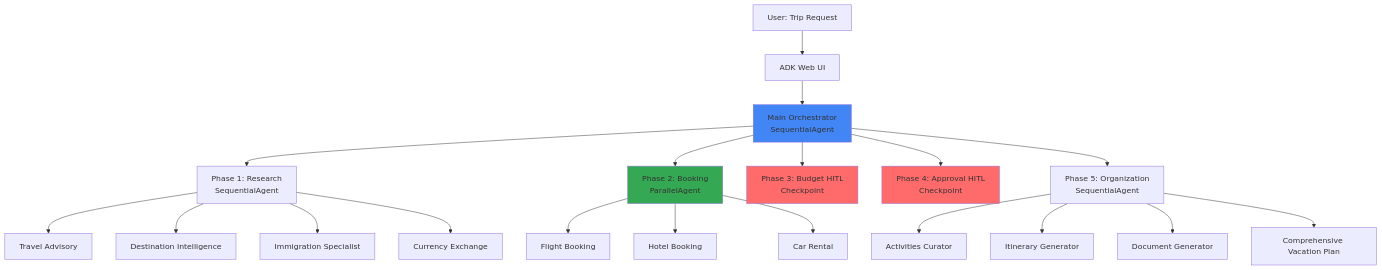
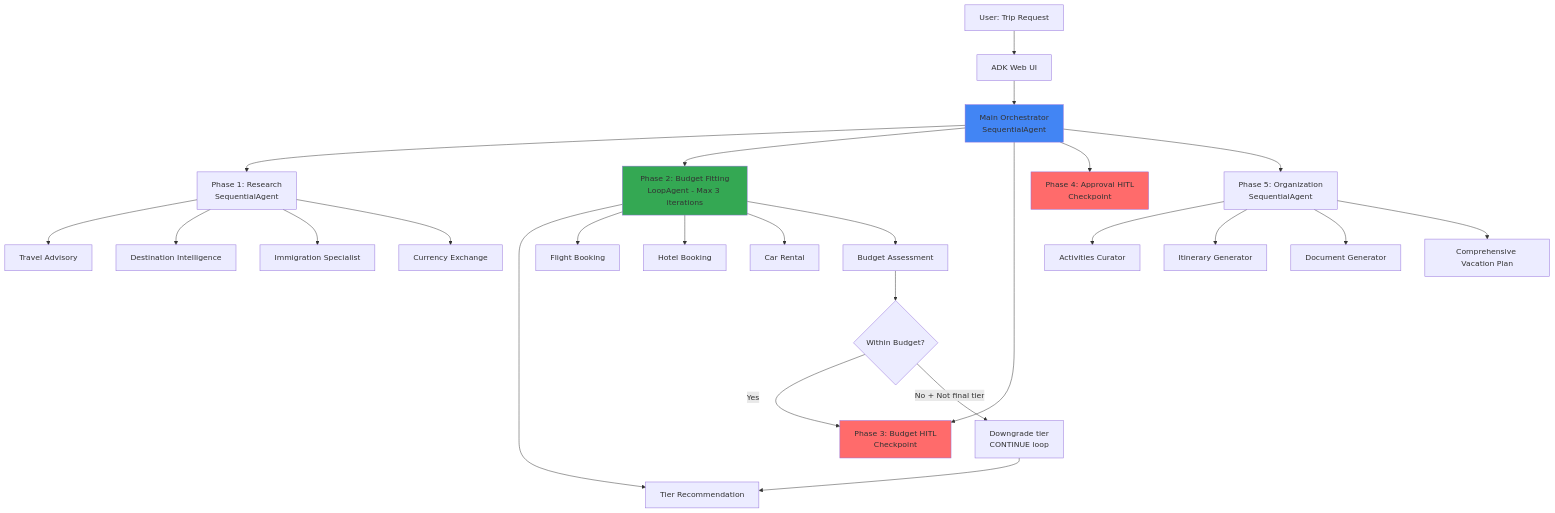
The first of 6 diagrams in HACKATHON_SUBMISSION.md (RBATHINENI78/AI-Powered_Vacation_Planner), drawn with Mermaid before and after one commit. The commit also changed other lines of this file and 1 other file, not shown here.

First line of the commit message:
Update documentation with LoopAgent, Tavily MCP, and recent enhancements

````diff
--- a/HACKATHON_SUBMISSION.md
+++ b/HACKATHON_SUBMISSION.md
@@ -89,31 +89,38 @@
 ```mermaid
 graph TB
     User[User: Trip Request] --> WebUI[ADK Web UI]
     WebUI --> Orchestrator[Main Orchestrator<br/>SequentialAgent]
 
     Orchestrator --> Phase1[Phase 1: Research<br/>SequentialAgent]
-    Orchestrator --> Phase2[Phase 2: Booking<br/>ParallelAgent]
+    Orchestrator --> Phase2[Phase 2: Budget Fitting<br/>LoopAgent - Max 3 iterations]
     Orchestrator --> Phase3[Phase 3: Budget HITL<br/>Checkpoint]
     Orchestrator --> Phase4[Phase 4: Approval HITL<br/>Checkpoint]
     Orchestrator --> Phase5[Phase 5: Organization<br/>SequentialAgent]
 
     Phase1 --> Travel[Travel Advisory]
     Phase1 --> Destination[Destination Intelligence]
     Phase1 --> Immigration[Immigration Specialist]
     Phase1 --> Currency[Currency Exchange]
 
+    Phase2 --> Tier[Tier Recommendation]
     Phase2 --> Flight[Flight Booking]
     Phase2 --> Hotel[Hotel Booking]
     Phase2 --> Car[Car Rental]
+    Phase2 --> Budget[Budget Assessment]
+
+    Budget --> Decision{Within Budget?}
+    Decision -->|Yes| Phase3
+    Decision -->|No + Not final tier| Downgrade[Downgrade tier<br/>CONTINUE loop]
+    Downgrade --> Tier
 
     Phase5 --> Activities[Activities Curator]
     Phase5 --> Itinerary[Itinerary Generator]
     Phase5 --> Documents[Document Generator]
 
     Phase5 --> Output[Comprehensive Vacation Plan]
 
     style Phase3 fill:#ff6b6b
     style Phase4 fill:#ff6b6b
     style Orchestrator fill:#4285f4
     style Phase2 fill:#34a853
 ```
````
